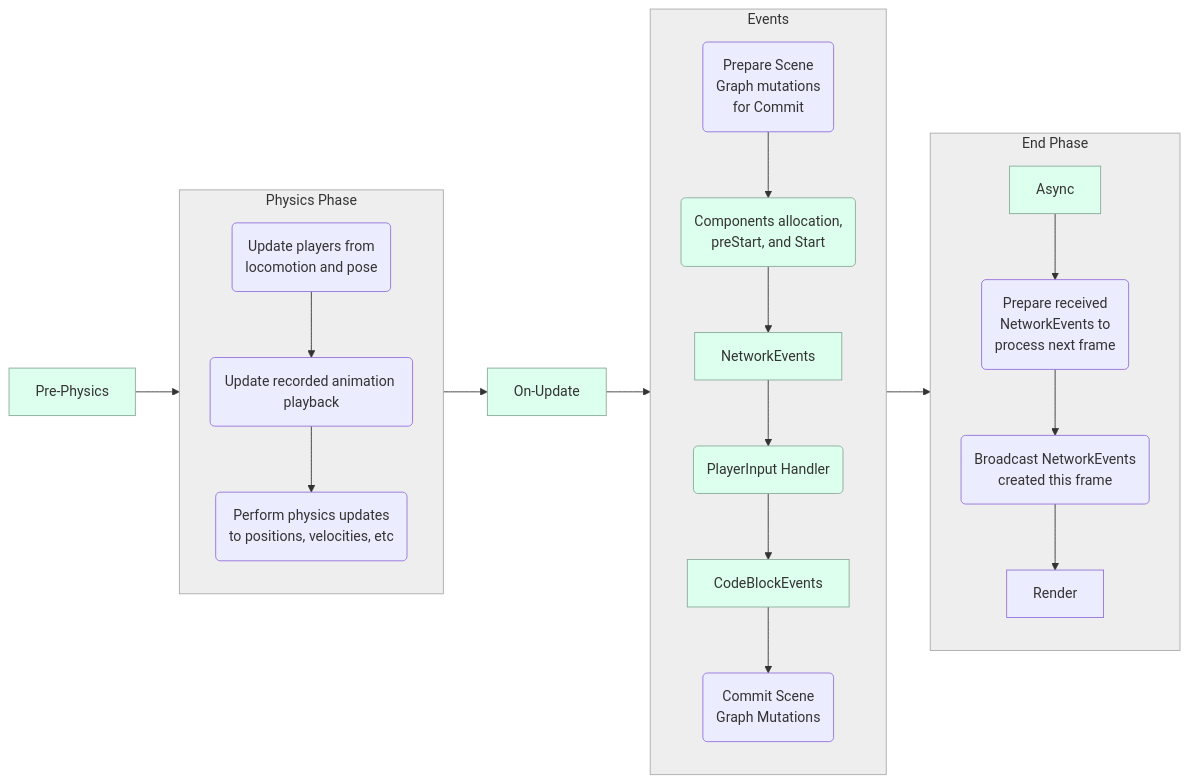
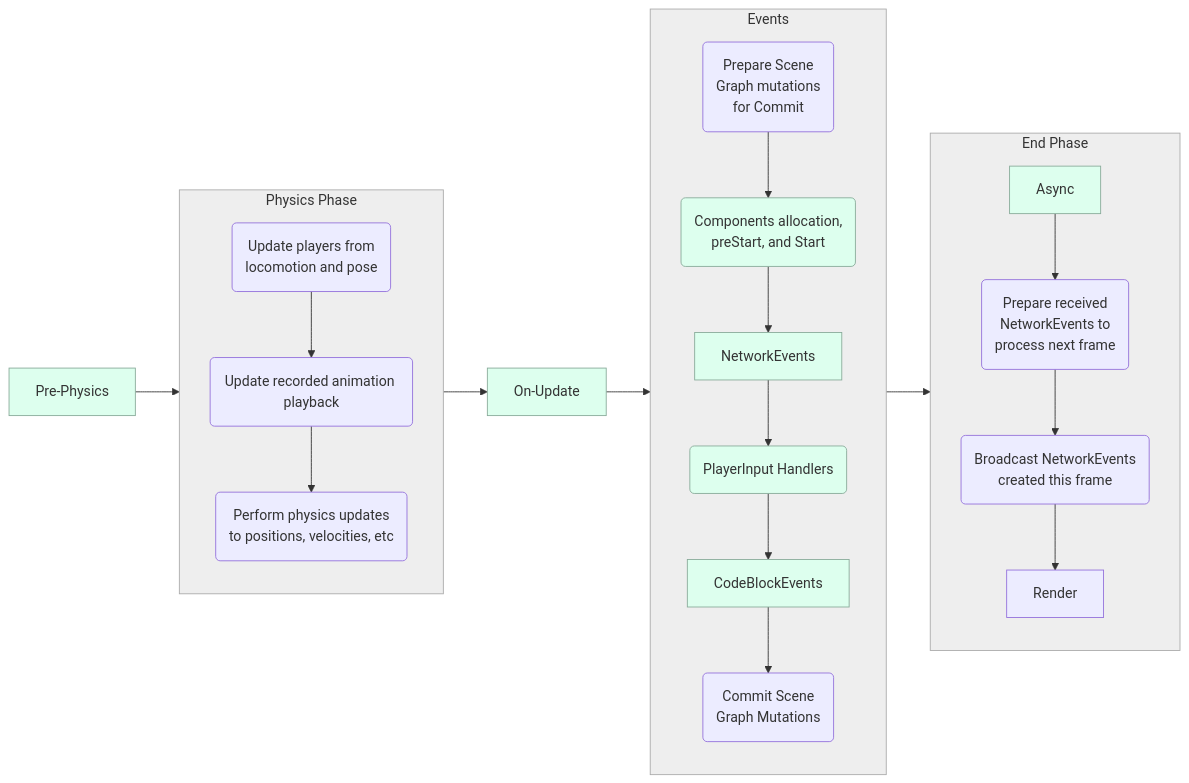
Before and after one commit to MHCPCreators/horizonCreatorManual: the fourth of 8 diagrams in HorizonTechnicalDoc.md, drawn with Mermaid. The commit also changed other lines of this file, not shown here.

````diff
--- a/HorizonTechnicalDoc.md
+++ b/HorizonTechnicalDoc.md
@@ -1853,31 +1853,31 @@
 ```mermaid
 flowchart LR
   subgraph Physics [Physics Phase]
     locomotion(Update players from<br/>locomotion and pose) --> animation(Update recorded animation playback)
 
     animation --> physicsStep(Perform physics updates<br/>to positions, velocities, etc)
   end
 
   subgraph Events
-    PrepareMutations(Prepare Scene<br/>Graph mutations<br>for Commit) --> Components(Components allocation,<br/>preStart, and Start)  --> NetworkEvents --> PlayerInputHandlers(PlayerInput Handler) --> CodeBlockEvents --> mutations(Commit Scene <br/>Graph Mutations)
+    PrepareMutations(Prepare Scene<br/>Graph mutations<br>for Commit) --> Components(Components allocation,<br/>preStart, and Start)  --> NetworkEvents --> PlayerInputHandlers(PlayerInput Handlers) --> CodeBlockEvents --> mutations(Commit Scene <br/>Graph Mutations)
   end
 
   subgraph EndFrame [End Phase]
     Async --> receive(Prepare received<br/>NetworkEvents to</br>process next frame) --> broadcast(Broadcast NetworkEvents<br/>created this frame) --> Render
   end
 
   Pre-Physics --> Physics --> On-Update --> Events --> EndFrame
 
   style Physics fill:#eee,stroke:#aaa
   style Events fill:#eee,stroke:#aaa
   style EndFrame fill:#eee,stroke:#aaa
 
   %% Scripting
   style Async fill:#dfe,stroke:#8a9
   style Pre-Physics fill:#dfe,stroke:#8a9
   style On-Update fill:#dfe,stroke:#8a9
   style NetworkEvents fill:#dfe,stroke:#8a9
   style PlayerInputHandlers fill:#dfe,stroke:#8a9
   style CodeBlockEvents fill:#dfe,stroke:#8a9
   style Components fill:#dfe,stroke:#8a9
 ```
````
